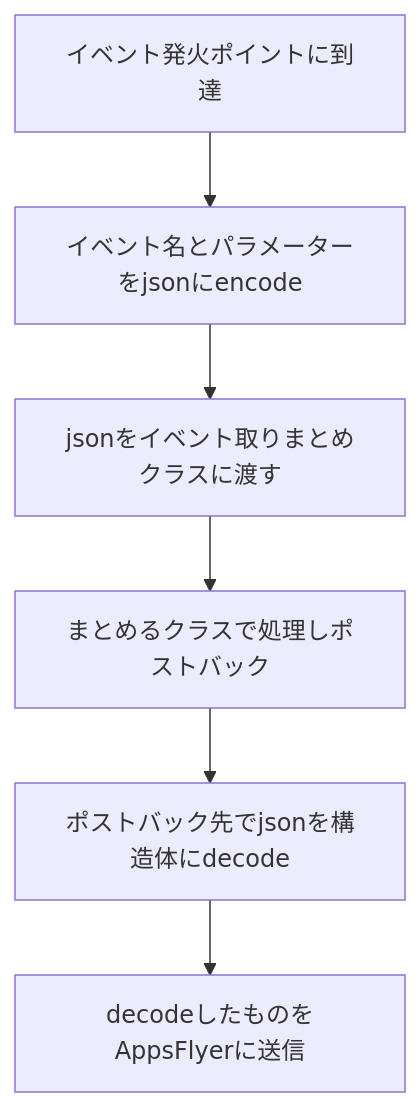
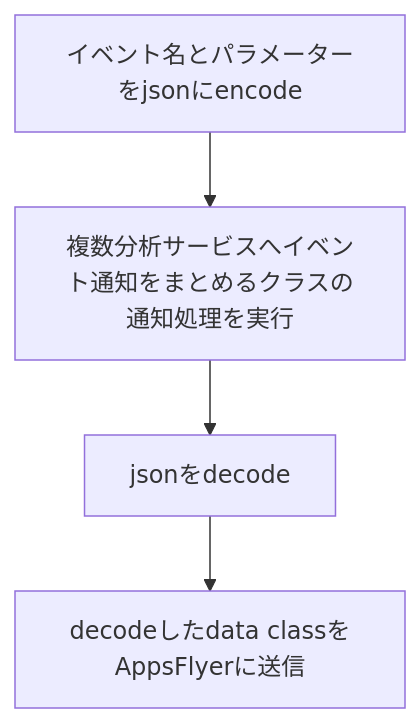
One commit to ryokosuge/zenn.dev changed the diagram in articles/ddd6cd0aec0f17.md. Above: the diagram before and after it, drawn with Mermaid. The commit also changed other lines of this file, not shown here.

````diff
--- a/articles/ddd6cd0aec0f17.md
+++ b/articles/ddd6cd0aec0f17.md
@@ -79,11 +77,9 @@
 ```mermaid
 flowchart TD
-    A[イベント発火ポイントに到達]
-    B[イベント名とパラメーターをjsonにencode]
-    C[jsonをイベント取りまとめクラスに渡す]
-    D[まとめるクラスで処理しポストバック]
-    E[ポストバック先でjsonを構造体にdecode]
-    F[decodeしたものをAppsFlyerに送信]
+    A[イベント名とパラメーターをjsonにencode]
+    B[複数分析サービスへイベント通知をまとめるクラスの通知処理を実行]
+    C[jsonをdecode]
+    D[decodeしたdata classをAppsFlyerに送信]
 
-    A --> B --> C --> D --> E --> F
+    A --> B --> C --> D
 ```
````
